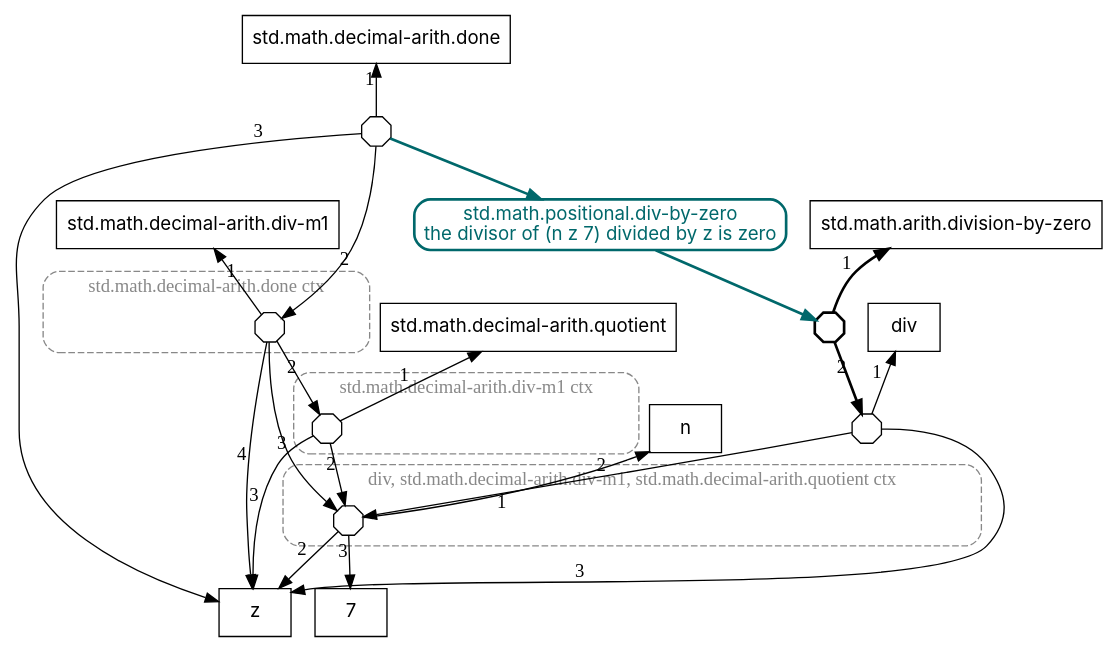
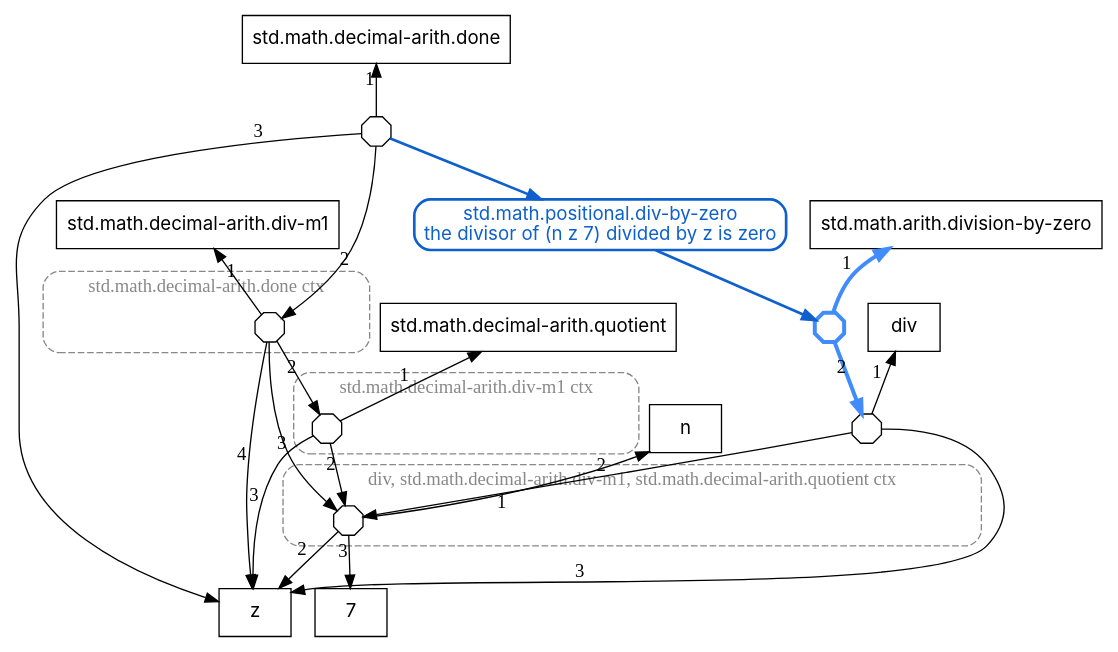
The diagram in docs/ein/user/03-syntax-and-semantics/diagrams/10-div-by-zero-flagged.dot (agutikov/ein), drawn with Graphviz before and after one commit. The commit also changed 31 other files, not shown here.

```diff
--- a/docs/ein/user/03-syntax-and-semantics/diagrams/10-div-by-zero-flagged.dot
+++ b/docs/ein/user/03-syntax-and-semantics/diagrams/10-div-by-zero-flagged.dot
@@ -1,42 +1,42 @@
-digraph step15 {
+digraph step17 {
   rankdir=TB;
   node [fontname="Inter", shape=box];
   ranksep=0.55;
   "f_9934285045" [shape=octagon, label="", width=0.3, height=0.3, fixedsize=true];
-  "f_eab79754f0" [shape=octagon, label="", width=0.3, height=0.3, fixedsize=true, penwidth=2];
+  "f_eab79754f0" [shape=octagon, label="", width=0.3, height=0.3, fixedsize=true, color="#418cfa", fontcolor="#418cfa", penwidth=3];
   "f_31efc4325b" [shape=octagon, label="", width=0.3, height=0.3, fixedsize=true];
   newrank=true;
   subgraph cluster_ctx_0 {
     label="div, std.math.decimal-arith.div-m1, std.math.decimal-arith.quotient ctx"; style="dashed,rounded"; color="#888888"; fontcolor="#888888";
     "f_0cb3773012" [shape=octagon, label="", width=0.3, height=0.3, fixedsize=true];
   }
   subgraph cluster_ctx_1 {
     label="std.math.decimal-arith.div-m1 ctx"; style="dashed,rounded"; color="#888888"; fontcolor="#888888";
     "f_6c93b95ea5" [shape=octagon, label="", width=0.3, height=0.3, fixedsize=true];
   }
   subgraph cluster_ctx_2 {
     label="std.math.decimal-arith.done ctx"; style="dashed,rounded"; color="#888888"; fontcolor="#888888";
     "f_0996b70fe8" [shape=octagon, label="", width=0.3, height=0.3, fixedsize=true];
   }
-  "fire0_std.math.positional.div-by-zero" [shape=box, style="rounded", color="#00686b", fontcolor="#00686b", penwidth=2, label="std.math.positional.div-by-zero\nthe divisor of (n z 7) divided by z is zero"];
+  "fire0_std.math.positional.div-by-zero" [shape=box, style="rounded", color="#0e61cc", fontcolor="#0e61cc", penwidth=2, label="std.math.positional.div-by-zero\nthe divisor of (n z 7) divided by z is zero"];
   "std.math.decimal-arith.done" -> "f_9934285045" [xlabel="1", dir=back];
   "f_9934285045" -> "f_0996b70fe8" [xlabel="2"];
   "f_9934285045" -> "z" [xlabel="3"];
-  "std.math.arith.division-by-zero" -> "f_eab79754f0" [xlabel="1", dir=back, penwidth=2];
-  "f_eab79754f0" -> "f_31efc4325b" [xlabel="2", penwidth=2];
+  "std.math.arith.division-by-zero" -> "f_eab79754f0" [xlabel="1", dir=back, color="#418cfa", penwidth=3];
+  "f_eab79754f0" -> "f_31efc4325b" [xlabel="2", color="#418cfa", penwidth=3];
   "std.math.decimal-arith.div-m1" -> "f_0996b70fe8" [xlabel="1", dir=back];
   "f_0996b70fe8" -> "f_6c93b95ea5" [xlabel="2"];
   "f_0996b70fe8" -> "f_0cb3773012" [xlabel="3"];
   "f_0996b70fe8" -> "z" [xlabel="4"];
   "div" -> "f_31efc4325b" [xlabel="1", dir=back];
   "f_31efc4325b" -> "f_0cb3773012" [xlabel="2"];
   "f_31efc4325b" -> "z" [xlabel="3"];
   "std.math.decimal-arith.quotient" -> "f_6c93b95ea5" [xlabel="1", dir=back];
   "f_6c93b95ea5" -> "f_0cb3773012" [xlabel="2"];
   "f_6c93b95ea5" -> "z" [xlabel="3"];
   "n" -> "f_0cb3773012" [xlabel="1", dir=back];
   "f_0cb3773012" -> "z" [xlabel="2"];
   "f_0cb3773012" -> "7" [xlabel="3"];
-  "f_9934285045" -> "fire0_std.math.positional.div-by-zero" [color="#00686b", penwidth=2];
-  "fire0_std.math.positional.div-by-zero" -> "f_eab79754f0" [color="#00686b", penwidth=2];
+  "f_9934285045" -> "fire0_std.math.positional.div-by-zero" [color="#0e61cc", penwidth=2];
+  "fire0_std.math.positional.div-by-zero" -> "f_eab79754f0" [color="#0e61cc", penwidth=2];
 }
```
